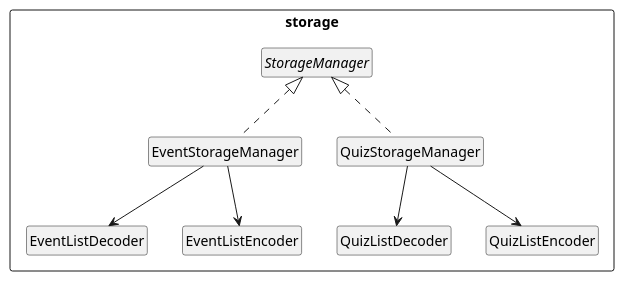
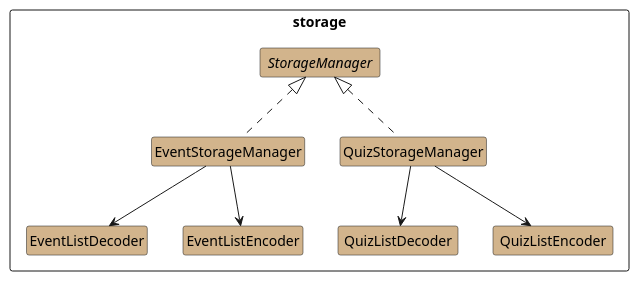
One commit to untitle4/tp changed the diagram in docs/design/StorageComponent.puml. Above: the diagram before and after it, drawn with PlantUML. The commit also changed 12 other files, not shown here.

Commit message:
Update uml diagrams to support colors

```diff
--- a/docs/design/StorageComponent.puml
+++ b/docs/design/StorageComponent.puml
@@ -1,62 +1,65 @@
 @startuml
+skinparam Shadowing false
+skinparam classBackgroundColor Tan
+skinparam MinClassWidth 120
 
 package storage <<rectangle>> {
     abstract class StorageManager {
         + StorageManager(:String)
         - createDataFile():boolean
     }
 
     class EventStorageManager implements StorageManager {
         + EventStorageManager(:String)
         + saveData(:ArrayList<Event>)
         + loadData():EventParameter
         - separateEventsIntoList(:ArrayList<Event>):EventParameter
     }
 
     class EventListDecoder {
         + EventListDecoder()
         + decodeEventList(:ArrayList<String>):ArrayList<Event>
         - decodeEventFromString(:String):Event
         - parseCca(:String[]):EventCca
         - parseClass(:String[]):EventClass
         - parseTest(:String[]):EventTest
         - parseTuition(:String[]):EventTuition
         - isValidParams(:String, :String, :String)
         - isValidTuition(:String, :String, :String, :String)
     }
 
     class EventListEncoder {
         + EventListEncoder()
         + encodeEventList(:ArrayList<Event>):ArrayList<String>
         - encodeEventToString(:Event):String
         - isValidParams(:String, :String, :String)
     }
 
     EventStorageManager --> EventListDecoder
     EventStorageManager --> EventListEncoder
 
 
     class QuizStorageManager implements StorageManager {
         + QuizStorageManager(:String)
         + saveData(:ArrayList<Quiz>, :String)
         + loadData():ArrayList<ArrayList<Quiz>
     }
 
     class QuizListDecoder {
         + decodeQuizList(:ArrayList<String>):ArrayList<Quiz>
         - decodeQuizFromString(:String):Quiz
     }
 
     class QuizListEncoder {
         + encodeQuizList(:ArrayList<Quiz>):ArrayList<String>
     }
 
     QuizStorageManager --> QuizListDecoder
     QuizStorageManager --> QuizListEncoder
 
 }
 
 hide circle
 hide members
 
 @enduml
```
